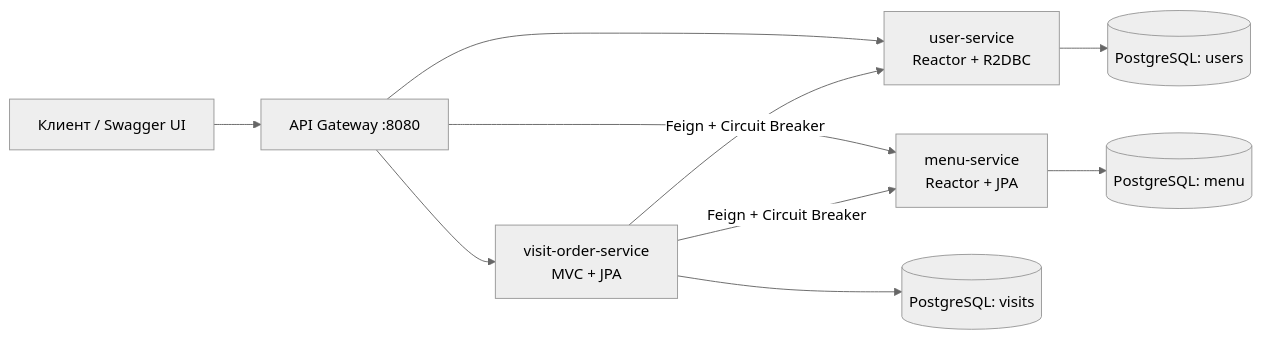
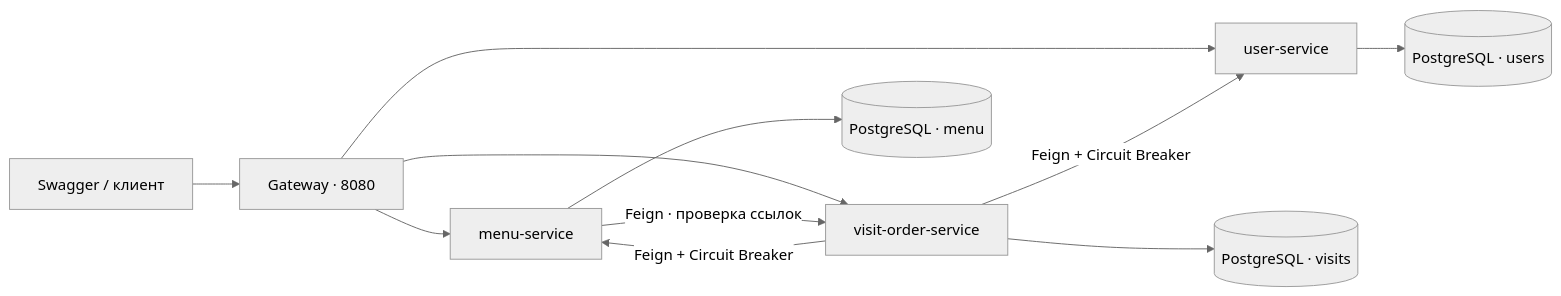
The diagram in lab_2/README.md (ddanielchik/vps), drawn with Mermaid (neutral theme) before and after one commit. The commit also changed other lines of this file and 46 other files, not shown here.

````diff
--- a/lab_2/README.md
+++ b/lab_2/README.md
@@ -163,12 +76,13 @@
 ```mermaid
 flowchart LR
-    client["Клиент / Swagger UI"] --> gateway["API Gateway :8080"]
-    gateway --> users["user-service<br/>Reactor + R2DBC"]
-    gateway --> menu["menu-service<br/>Reactor + JPA"]
-    gateway --> visits["visit-order-service<br/>MVC + JPA"]
-    visits -->|"Feign + Circuit Breaker"| users
-    visits -->|"Feign + Circuit Breaker"| menu
-    users --> usersdb[("PostgreSQL: users")]
-    menu --> menudb[("PostgreSQL: menu")]
-    visits --> visitsdb[("PostgreSQL: visits")]
+    Swagger["Swagger / клиент"] --> Gateway["Gateway · 8080"]
+    Gateway --> Users["user-service"]
+    Gateway --> Menu["menu-service"]
+    Gateway --> Visits["visit-order-service"]
+    Visits -->|"Feign + Circuit Breaker"| Users
+    Visits -->|"Feign + Circuit Breaker"| Menu
+    Menu -->|"Feign · проверка ссылок"| Visits
+    Users --> UsersDB[("PostgreSQL · users")]
+    Menu --> MenuDB[("PostgreSQL · menu")]
+    Visits --> VisitsDB[("PostgreSQL · visits")]
 ```
````
